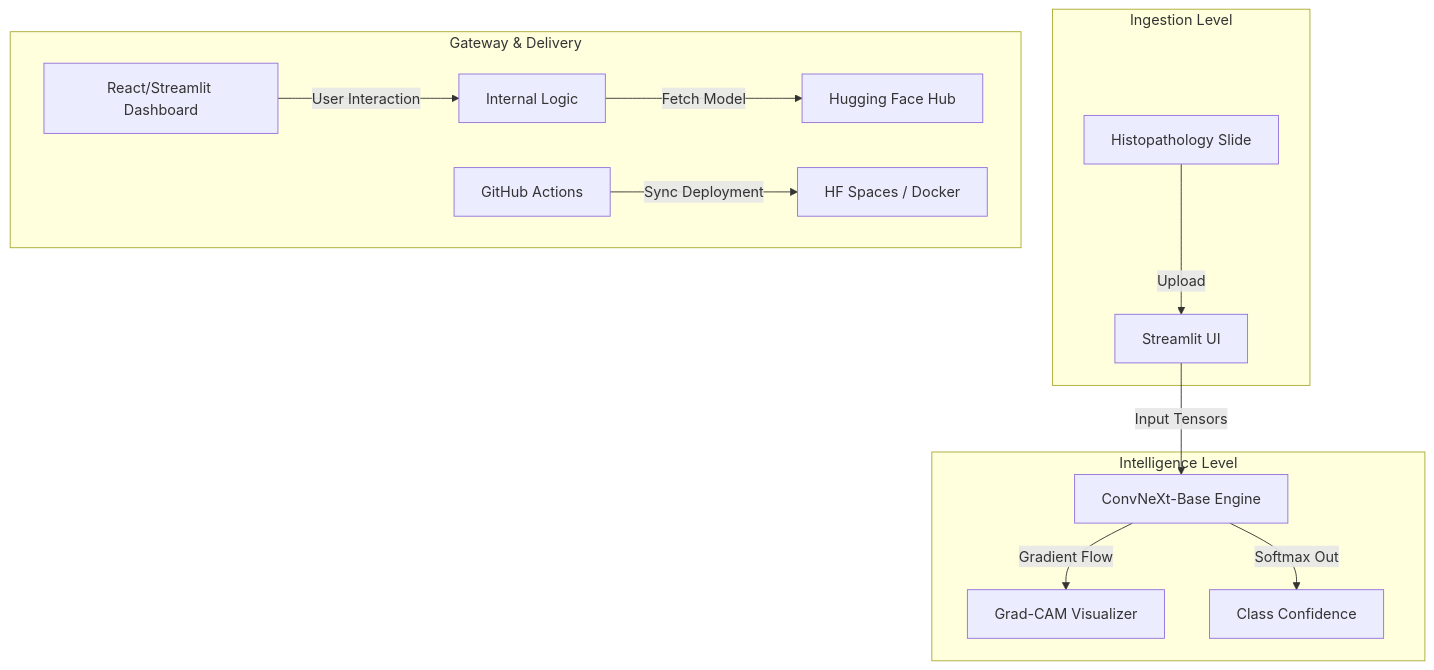
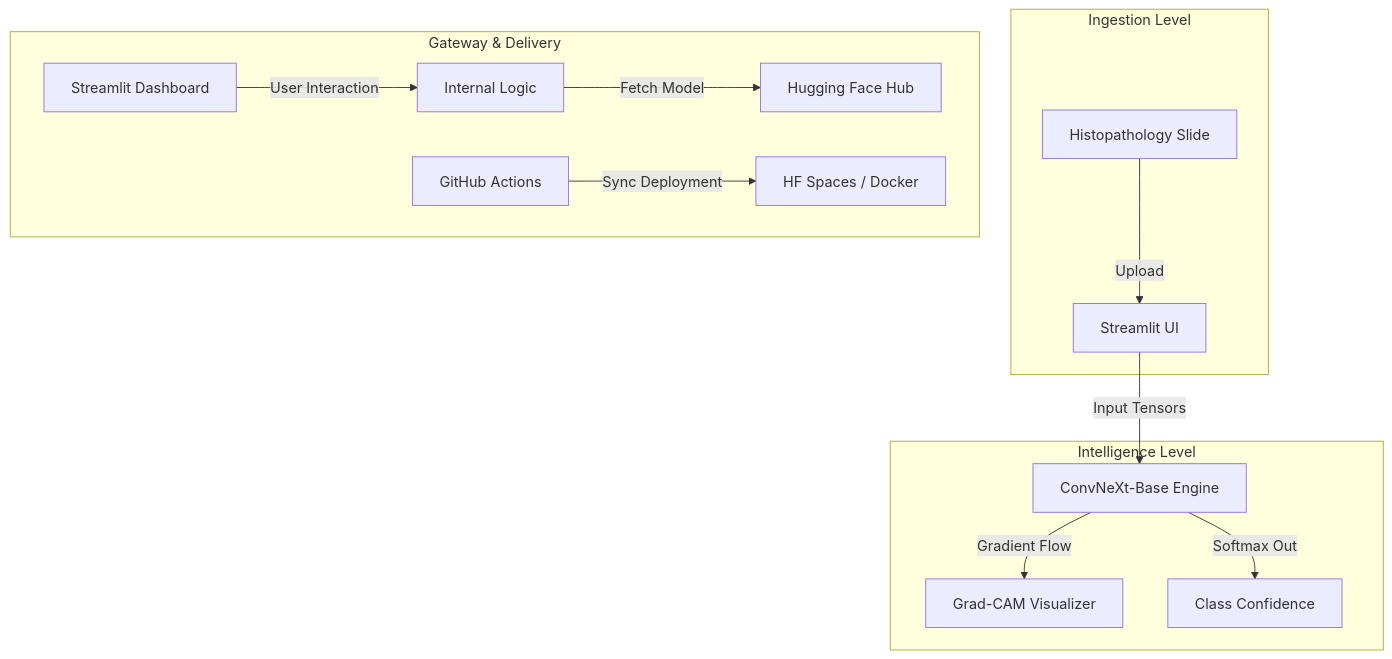
The diagram in README.md (flxhrdyn/LUCIAN), drawn with Mermaid before and after one commit. The commit also changed other lines of this file, not shown here.

Commit message:
docs: modernize README style and automate HF/GitHub documentation separation

````diff
--- a/README.md
+++ b/README.md
@@ -62,18 +62,18 @@
 ```mermaid
 graph TD
     subgraph Data_Input [Ingestion Level]
         Image[Histopathology Slide] -->|Upload| Web[Streamlit UI]
     end
     
     subgraph Intelligence_Level [Intelligence Level]
         Web -->|Input Tensors| Model[ConvNeXt-Base Engine]
         Model -->|Gradient Flow| GradCAM[Grad-CAM Visualizer]
         Model -->|Softmax Out| Result[Class Confidence]
     end
     
     subgraph Deployment_Level [Gateway & Delivery]
-        UI[React/Streamlit Dashboard] -->|User Interaction| API[Internal Logic]
+        UI[Streamlit Dashboard] -->|User Interaction| API[Internal Logic]
         API -->|Fetch Model| HF[Hugging Face Hub]
         CI[GitHub Actions] -->|Sync Deployment| HFS[HF Spaces / Docker]
     end
 ```
````
